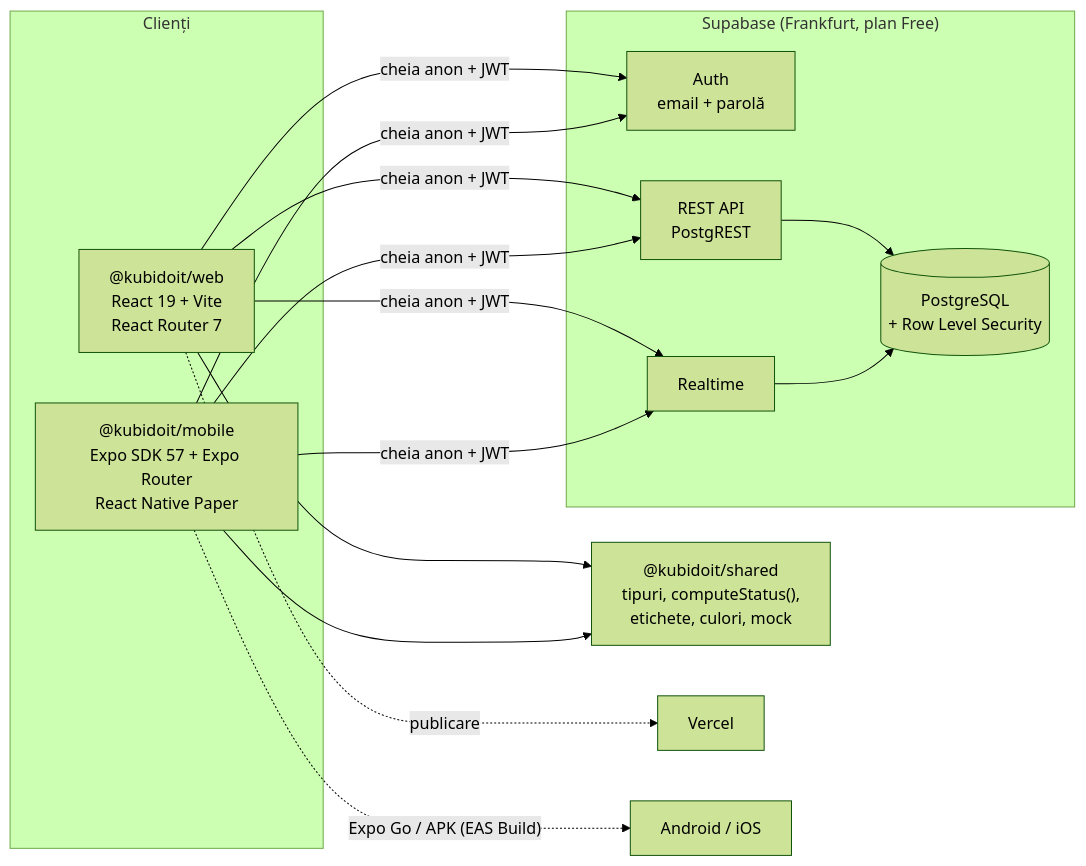
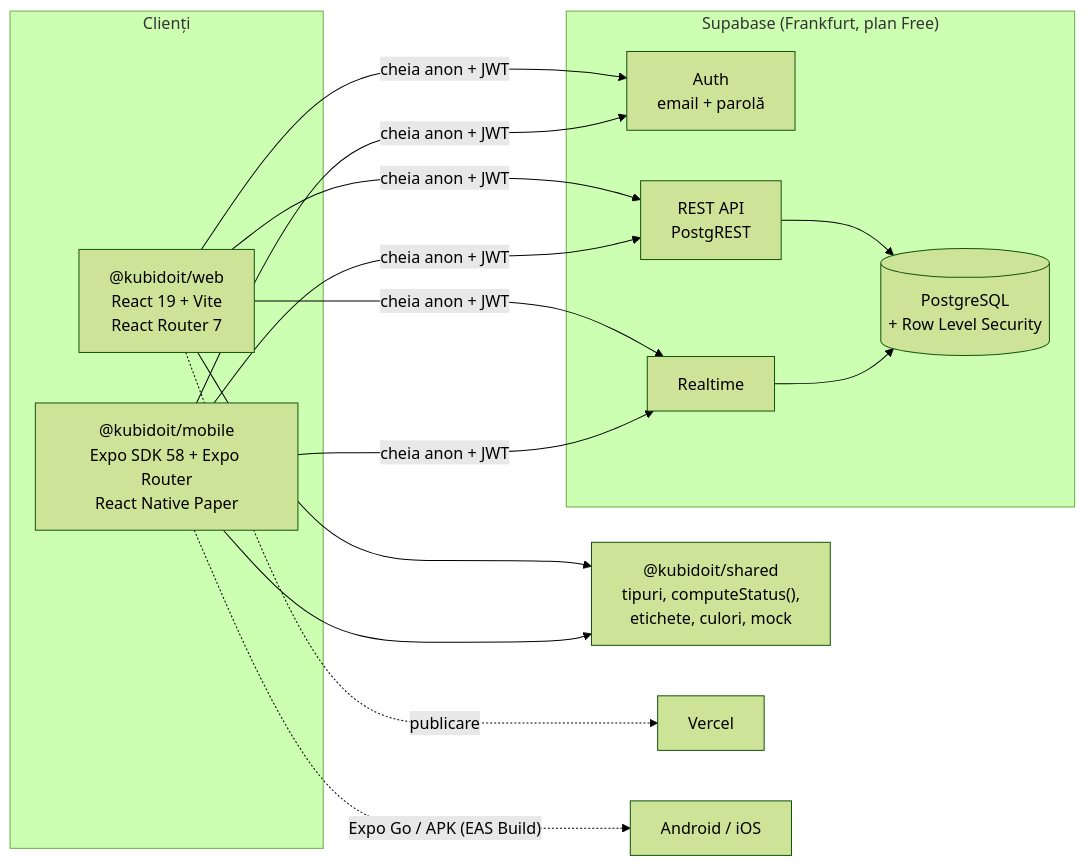
Before and after one commit to seba-dvd/KubiDoIt: the first of 2 diagrams in docs/arhitectura.md, drawn with Mermaid (forest theme). The commit also changed other lines of this file and 8 other files, not shown here.

````diff
--- a/docs/arhitectura.md
+++ b/docs/arhitectura.md
@@ -9,22 +9,22 @@
 ```mermaid
 flowchart LR
   subgraph Clienți
     WEB["@kubidoit/web<br/>React 19 + Vite<br/>React Router 7"]
-    MOB["@kubidoit/mobile<br/>Expo SDK 57 + Expo Router<br/>React Native Paper"]
+    MOB["@kubidoit/mobile<br/>Expo SDK 58 + Expo Router<br/>React Native Paper"]
   end
   SHARED["@kubidoit/shared<br/>tipuri, computeStatus(),<br/>etichete, culori, mock"]
   subgraph Supabase["Supabase (Frankfurt, plan Free)"]
     AUTH[Auth<br/>email + parolă]
     API[REST API<br/>PostgREST]
     RT[Realtime]
     DB[(PostgreSQL<br/>+ Row Level Security)]
   end
   WEB --> SHARED
   MOB --> SHARED
   WEB -- "cheia anon + JWT" --> AUTH & API & RT
   MOB -- "cheia anon + JWT" --> AUTH & API & RT
   API --> DB
   RT --> DB
   WEB -. publicare .-> VERCEL[Vercel]
   MOB -. "Expo Go / APK (EAS Build)" .-> PHONE[Android / iOS]
 ```
````
